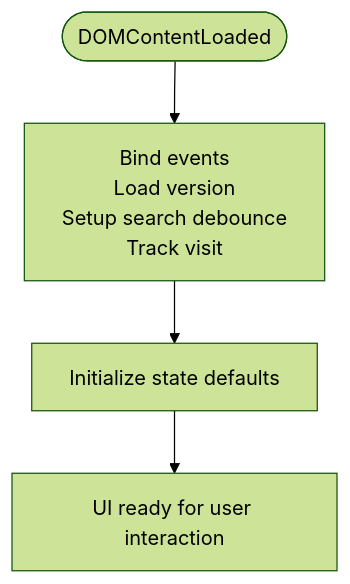
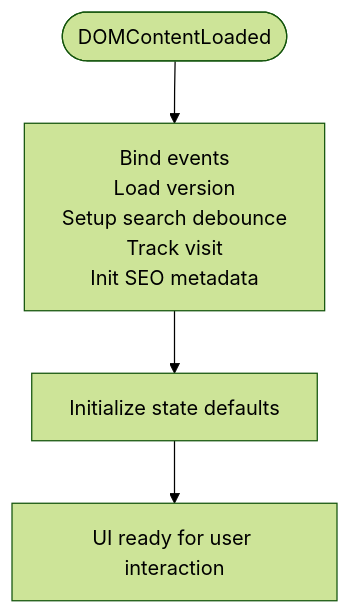
Before and after one commit to dkoukoul/kpop-random-dance-generator: the third of 9 diagrams in .qoder/repowiki/en/content/Frontend Application/Frontend Application.md, drawn with Mermaid (forest theme). The commit also changed other lines of this file and 3 other files, not shown here.

````diff
--- a/.qoder/repowiki/en/content/Frontend Application/Frontend Application.md
+++ b/.qoder/repowiki/en/content/Frontend Application/Frontend Application.md
@@ -161,6 +193,6 @@
 ```mermaid
 flowchart TD
-Start(["DOMContentLoaded"]) --> Init["Bind events<br/>Load version<br/>Setup search debounce<br/>Track visit"]
+Start(["DOMContentLoaded"]) --> Init["Bind events<br/>Load version<br/>Setup search debounce<br/>Track visit<br/>Init SEO metadata"]
 Init --> StateInit["Initialize state defaults"]
 StateInit --> UIReady["UI ready for user interaction"]
 ```
````
